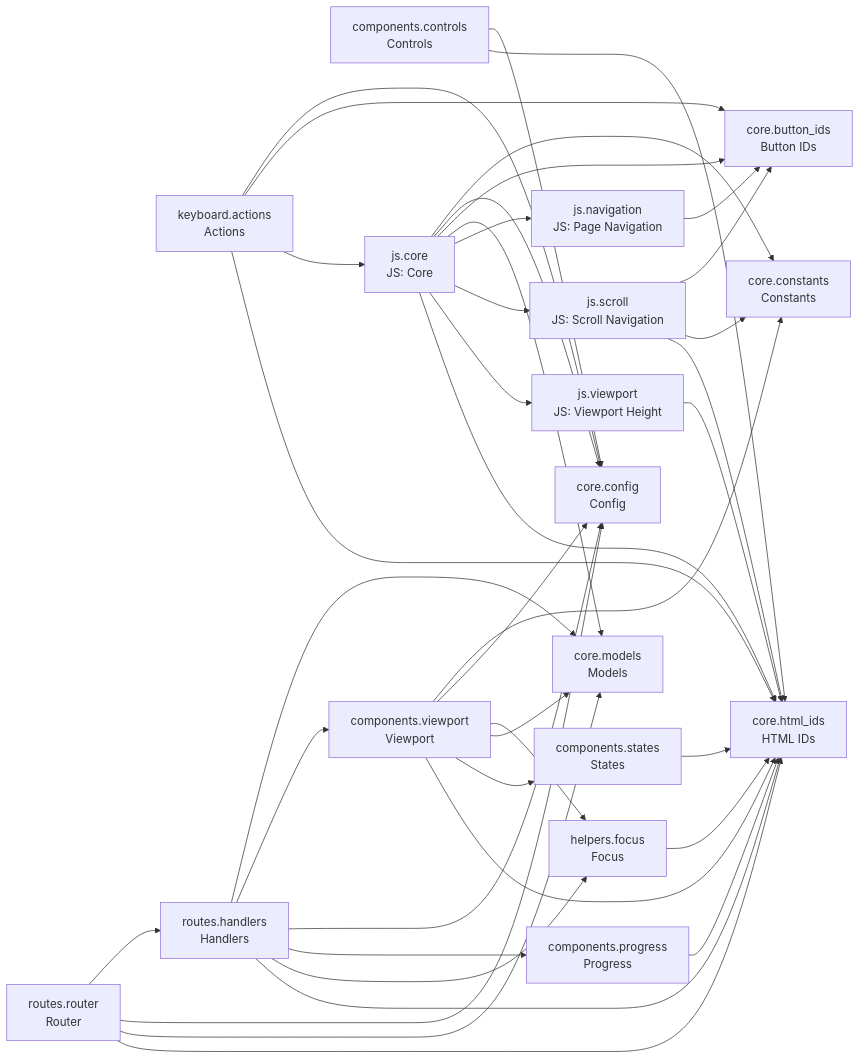
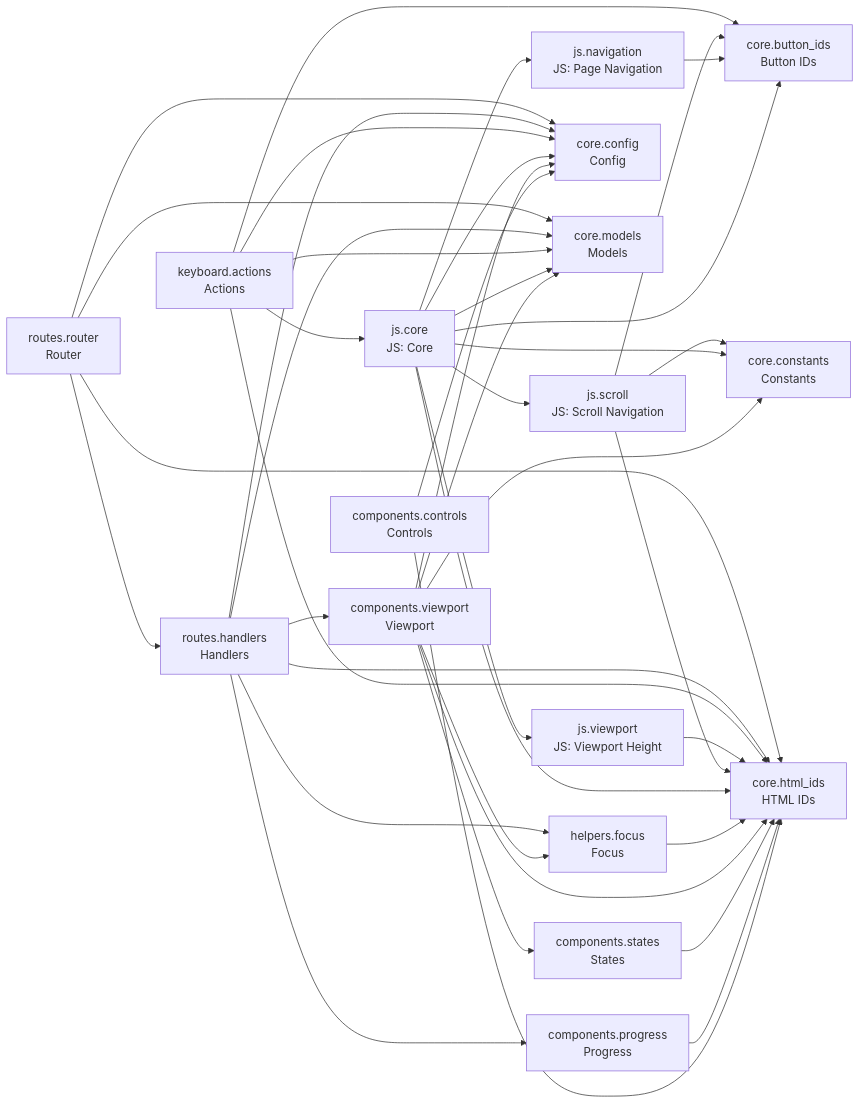
Before and after one commit to cj-mills/cjm-fasthtml-card-stack: the diagram in README.md, drawn with Mermaid. The commit also changed other lines of this file and 5 other files, not shown here.

````diff
--- a/README.md
+++ b/README.md
@@ -43,59 +43,60 @@
 ``` mermaid
 graph LR
     components_controls[components.controls<br/>Controls]
     components_progress[components.progress<br/>Progress]
     components_states[components.states<br/>States]
     components_viewport[components.viewport<br/>Viewport]
     core_button_ids[core.button_ids<br/>Button IDs]
     core_config[core.config<br/>Config]
     core_constants[core.constants<br/>Constants]
     core_html_ids[core.html_ids<br/>HTML IDs]
     core_models[core.models<br/>Models]
     helpers_focus[helpers.focus<br/>Focus]
     js_core[js.core<br/>JS: Core]
     js_navigation[js.navigation<br/>JS: Page Navigation]
     js_scroll[js.scroll<br/>JS: Scroll Navigation]
     js_viewport[js.viewport<br/>JS: Viewport Height]
     keyboard_actions[keyboard.actions<br/>Actions]
     routes_handlers[routes.handlers<br/>Handlers]
     routes_router[routes.router<br/>Router]
 
     components_controls --> core_config
     components_controls --> core_html_ids
     components_progress --> core_html_ids
     components_states --> core_html_ids
+    components_viewport --> core_models
+    components_viewport --> core_config
     components_viewport --> core_constants
-    components_viewport --> core_config
     components_viewport --> helpers_focus
-    components_viewport --> core_models
+    components_viewport --> core_html_ids
     components_viewport --> components_states
-    components_viewport --> core_html_ids
     helpers_focus --> core_html_ids
     js_core --> core_constants
-    js_core --> core_config
     js_core --> core_button_ids
     js_core --> core_models
+    js_core --> core_config
+    js_core --> js_scroll
+    js_core --> core_html_ids
     js_core --> js_navigation
-    js_core --> js_scroll
     js_core --> js_viewport
-    js_core --> core_html_ids
     js_navigation --> core_button_ids
     js_scroll --> core_button_ids
     js_scroll --> core_constants
     js_scroll --> core_html_ids
     js_viewport --> core_html_ids
+    keyboard_actions --> core_button_ids
+    keyboard_actions --> core_models
     keyboard_actions --> core_config
-    keyboard_actions --> core_button_ids
+    keyboard_actions --> core_html_ids
     keyboard_actions --> js_core
-    keyboard_actions --> core_html_ids
     routes_handlers --> core_models
     routes_handlers --> components_viewport
+    routes_handlers --> helpers_focus
     routes_handlers --> core_config
     routes_handlers --> components_progress
-    routes_handlers --> helpers_focus
     routes_handlers --> core_html_ids
     routes_router --> routes_handlers
+    routes_router --> core_models
     routes_router --> core_config
-    routes_router --> core_models
     routes_router --> core_html_ids
 ```
````
